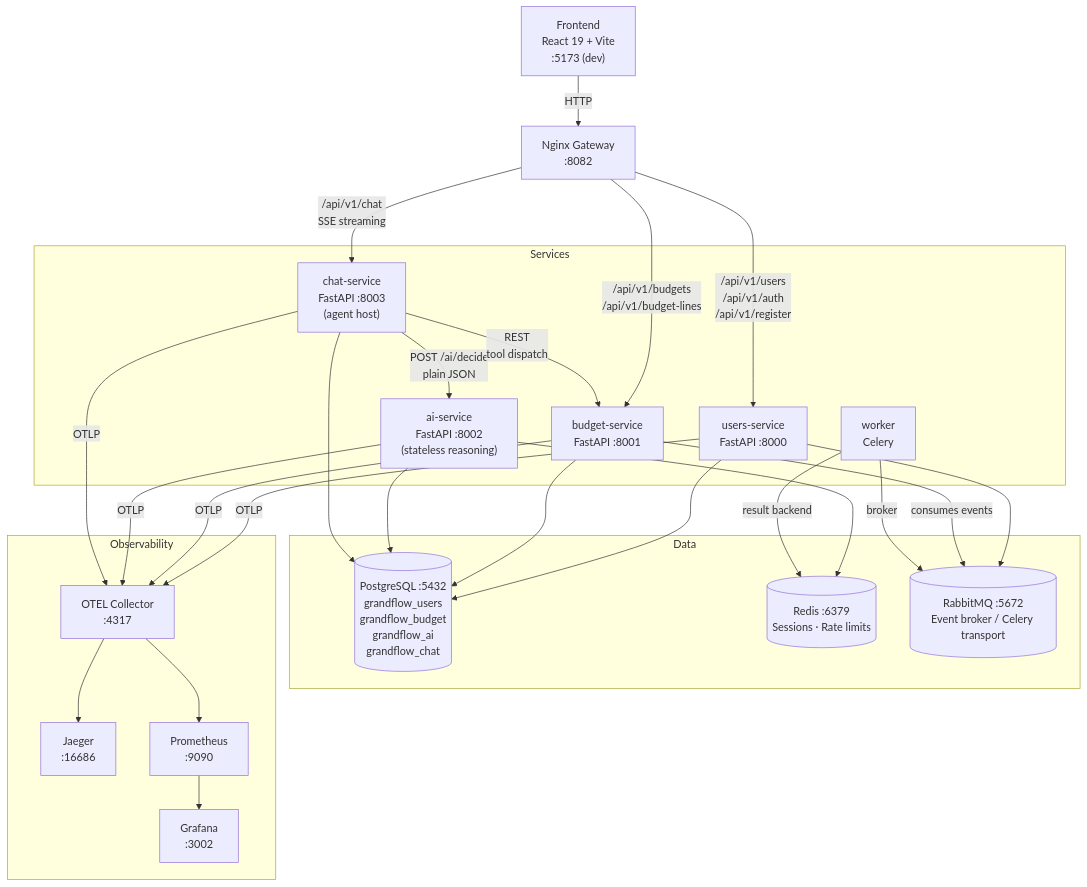
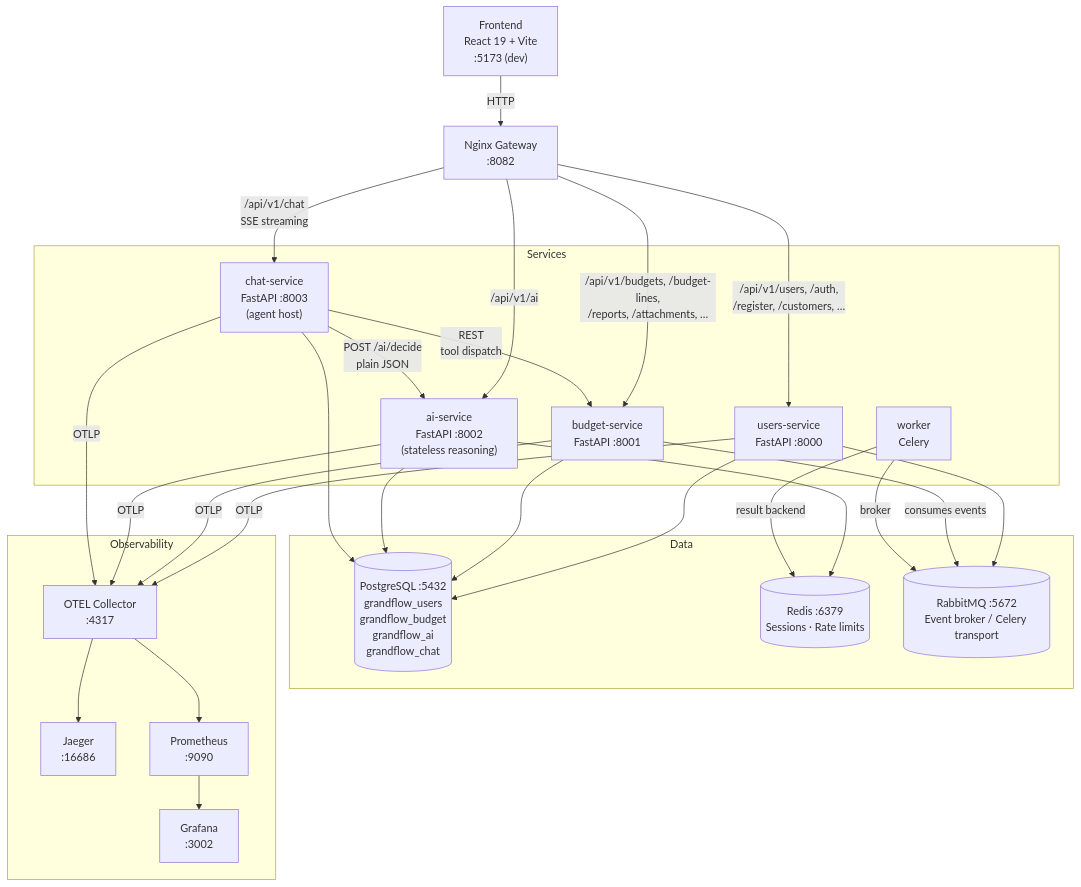
The diagram in README.md (arutsh/GrantFlow), drawn with Mermaid before and after one commit. The commit also changed other lines of this file and 8 other files, not shown here.

First line of the commit message:
feat(budget): atomic multi-step writes for create-budget-with-lines (group 3) (#286)

````diff
--- a/README.md
+++ b/README.md
@@ -15,52 +15,53 @@
 ```mermaid
 graph TB
     FE["Frontend\nReact 19 + Vite\n:5173 (dev)"]
     GW["Nginx Gateway\n:8082"]
 
     FE -->|HTTP| GW
 
-    GW -->|/api/v1/users\n/api/v1/auth\n/api/v1/register| US
-    GW -->|/api/v1/budgets\n/api/v1/budget-lines| BS
+    GW -->|/api/v1/users, /auth,\n/register, /customers, …| US
+    GW -->|/api/v1/budgets, /budget-lines,\n/reports, /attachments, …| BS
+    GW -->|/api/v1/ai| AI
     GW -->|/api/v1/chat\nSSE streaming| CH
 
     subgraph Services
         US["users-service\nFastAPI :8000"]
         BS["budget-service\nFastAPI :8001"]
         AI["ai-service\nFastAPI :8002\n(stateless reasoning)"]
         CH["chat-service\nFastAPI :8003\n(agent host)"]
         WK["worker\nCelery"]
     end
 
     CH -->|POST /ai/decide\nplain JSON| AI
     CH -->|REST\ntool dispatch| BS
 
     subgraph Data
         PG[("PostgreSQL :5432\ngrandflow_users\ngrandflow_budget\ngrandflow_ai\ngrandflow_chat")]
         RD[("Redis :6379\nSessions · Rate limits")]
         RMQ[("RabbitMQ :5672\nEvent broker / Celery transport")]
     end
 
     subgraph Observability
         OC["OTEL Collector\n:4317"]
         JG["Jaeger\n:16686"]
         PM["Prometheus\n:9090"]
         GF["Grafana\n:3002"]
     end
 
     US --> PG
     BS --> PG
     AI --> PG
     CH --> PG
     AI --> RD
     US --> RMQ
     BS -->|consumes events| RMQ
     WK -->|broker| RMQ
     WK -->|result backend| RD
     US -->|OTLP| OC
     BS -->|OTLP| OC
     AI -->|OTLP| OC
     CH -->|OTLP| OC
     OC --> JG
     OC --> PM
     PM --> GF
 ```
````
